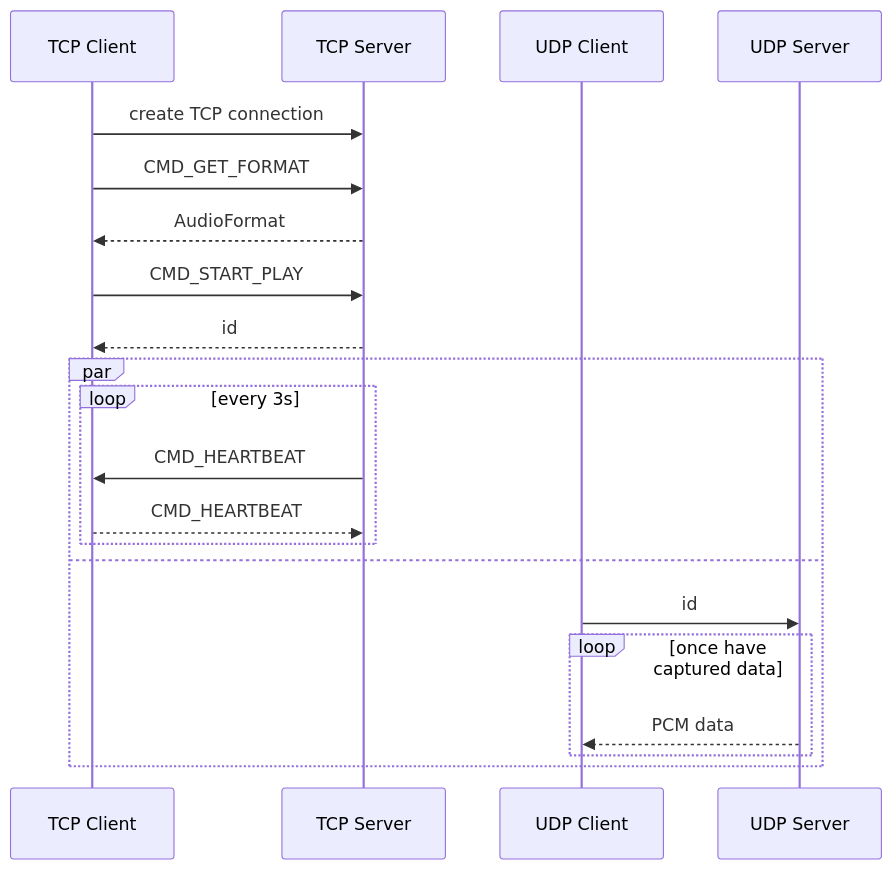
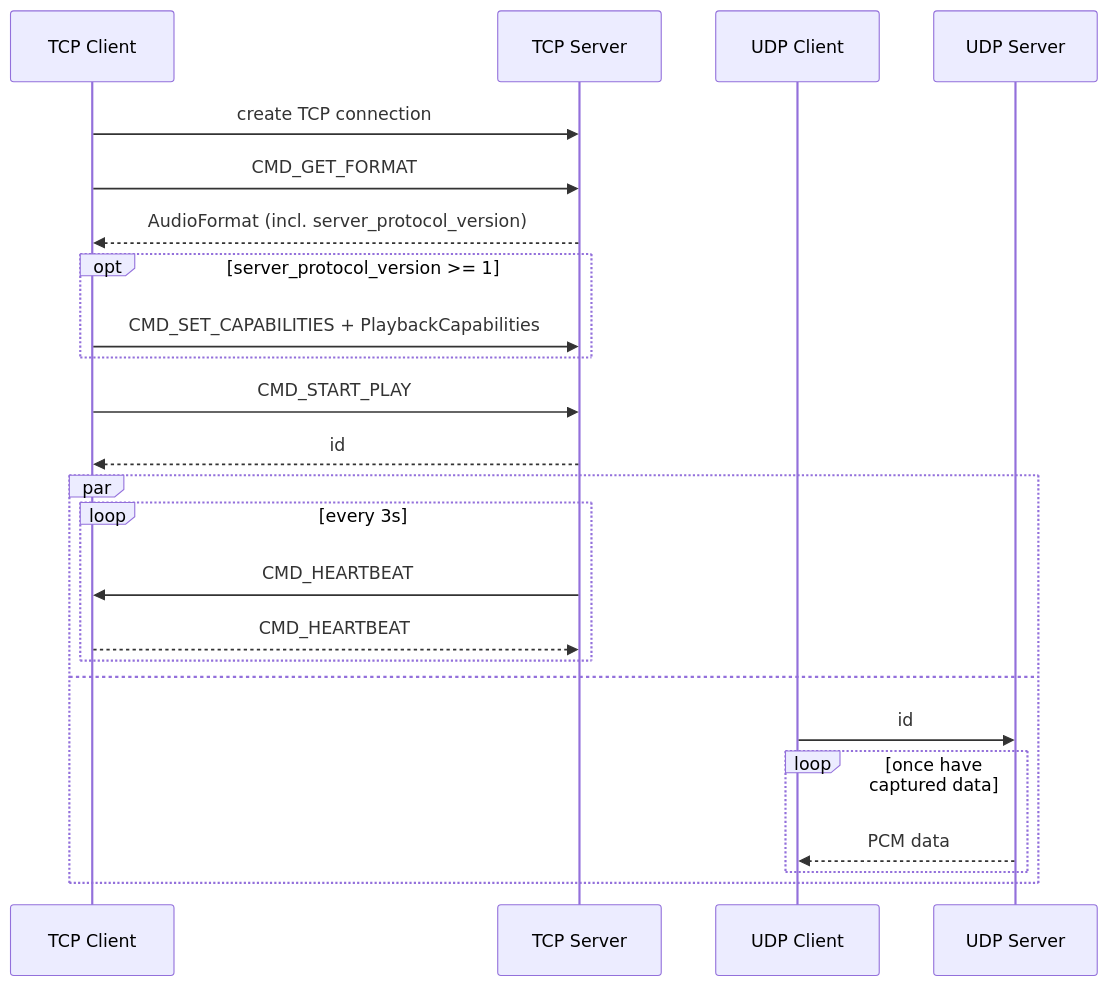
The diagram in docs/protocol.md (DBF1008/212_cpp_audio-share), drawn with Mermaid before and after one commit. The commit also changed other lines of this file and 17 other files, not shown here.

````diff
--- a/docs/protocol.md
+++ b/docs/protocol.md
@@ -1,27 +1,31 @@
 ```mermaid
 sequenceDiagram
     participant TCP Client
     participant TCP Server
     participant UDP Client
     participant UDP Server
 
     TCP Client ->> TCP Server : create TCP connection
     
     TCP Client ->> TCP Server : CMD_GET_FORMAT
-    TCP Server -->> TCP Client : AudioFormat
+    TCP Server -->> TCP Client : AudioFormat (incl. server_protocol_version)
+
+    opt server_protocol_version >= 1
+        TCP Client ->> TCP Server : CMD_SET_CAPABILITIES + PlaybackCapabilities
+    end
 
     TCP Client ->> TCP Server : CMD_START_PLAY
     TCP Server -->> TCP Client : id
     
     par
         loop every 3s
             TCP Server ->> TCP Client : CMD_HEARTBEAT
             TCP Client -->> TCP Server : CMD_HEARTBEAT
         end
     and
         UDP Client ->> UDP Server : id
         loop once have captured data
             UDP Server -->> UDP Client : PCM data
         end
     end
 ```
````
